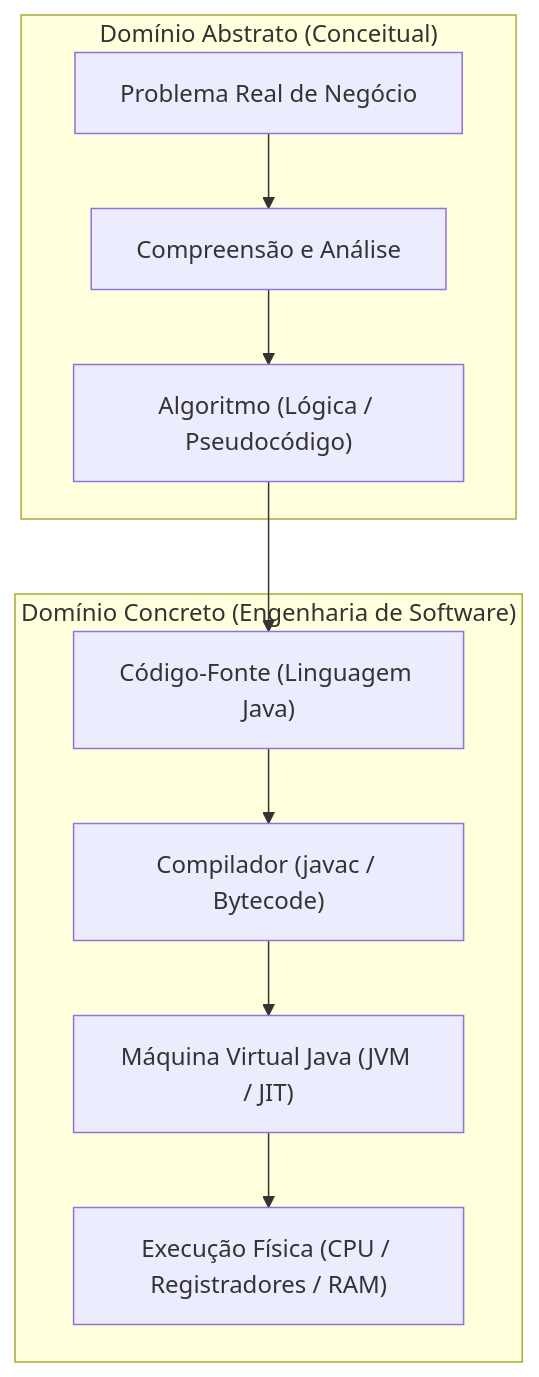
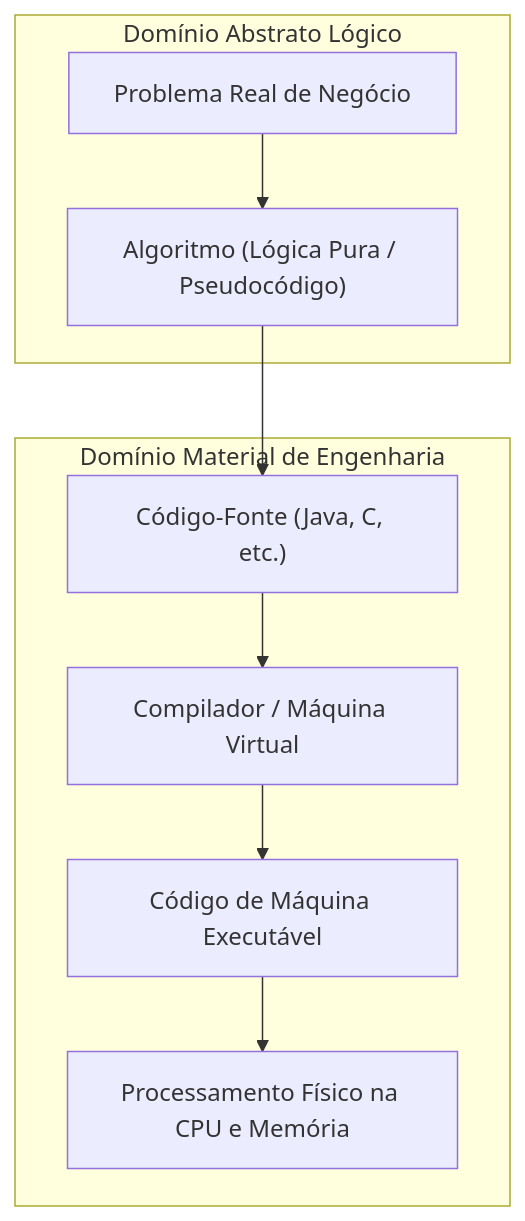
The third of 22 diagrams in 4º Semestre/[Prof. Wesley Soares] Estrutura de Dados I/Resumos-IA/Caderno-Consolidado.md (murilolol/unifef), drawn with Mermaid before and after one commit. The commit also changed other lines of this file and 25 other files, not shown here.

````diff
--- a/4º Semestre/[Prof. Wesley Soares] Estrutura de Dados I/Resumos-IA/Caderno-Consolidado.md
+++ b/4º Semestre/[Prof. Wesley Soares] Estrutura de Dados I/Resumos-IA/Caderno-Consolidado.md
@@ -233,14 +201,12 @@
 ```mermaid
 flowchart TD
-    subgraph DominioAbstrato["Domínio Abstrato (Conceitual)"]
-        Problema["Problema Real de Negócio"] --> Compreensao["Compreensão e Análise"]
-        Compreensao --> Algoritmo["Algoritmo (Lógica / Pseudocódigo)"]
+    subgraph DominioConceitual["Domínio Abstrato Lógico"]
+        Problema["Problema Real de Negócio"] --> Algoritmo["Algoritmo (Lógica Pura / Pseudocódigo)"]
     end
-    
-    subgraph DominioConcreto["Domínio Concreto (Engenharia de Software)"]
-        Algoritmo --> CodigoFonte["Código-Fonte (Linguagem Java)"]
-        CodigoFonte --> Compilador["Compilador (javac / Bytecode)"]
-        Compilador --> JVM["Máquina Virtual Java (JVM / JIT)"]
-        JVM --> Hardware["Execução Física (CPU / Registradores / RAM)"]
+    subgraph DominioFisico["Domínio Material de Engenharia"]
+        Algoritmo --> CodigoFonte["Código-Fonte (Java, C, etc.)"]
+        CodigoFonte --> Compilador["Compilador / Máquina Virtual"]
+        Compilador --> Binario["Código de Máquina Executável"]
+        Binario --> Hardware["Processamento Físico na CPU e Memória"]
     end
 ```
````
